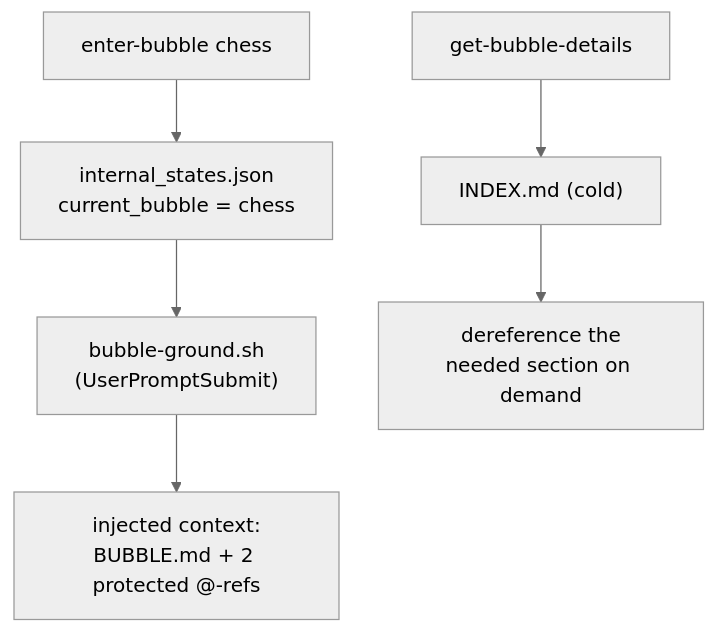
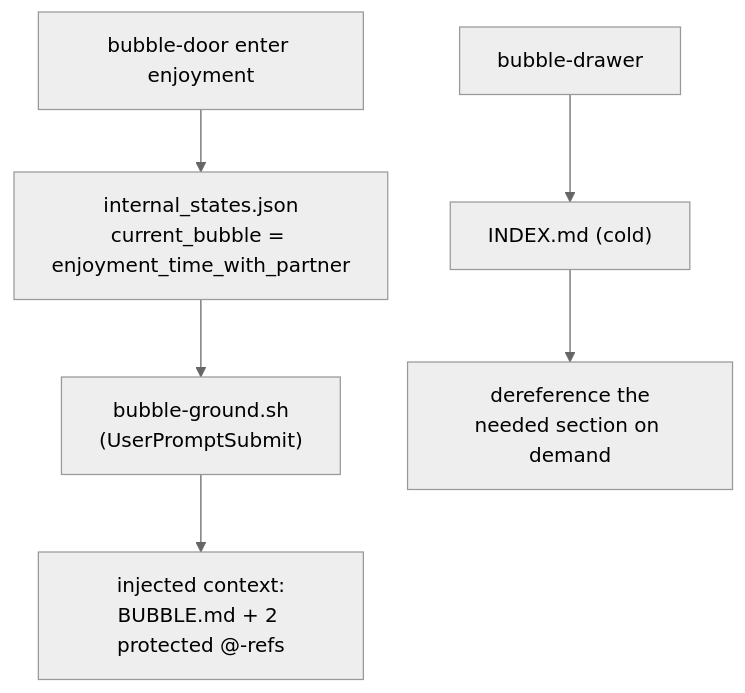
One commit to syahiidkamil/vibe-ai-partner-entity changed the third of 3 diagrams in work_dir/saori/zero_to_one_memory/03_high_level_implementation.md. Above: the diagram before and after it, drawn with Mermaid (neutral theme). The commit also changed other lines of this file and 2 other files, not shown here.

````diff
--- a/work_dir/saori/zero_to_one_memory/03_high_level_implementation.md
+++ b/work_dir/saori/zero_to_one_memory/03_high_level_implementation.md
@@ -144,8 +220,8 @@
 ```mermaid
 flowchart TB
-    SKILL["enter-bubble chess"] --> IS["internal_states.json<br/>current_bubble = chess"]
+    SKILL["bubble-door enter enjoyment"] --> IS["internal_states.json<br/>current_bubble = enjoyment_time_with_partner"]
     IS --> BG["bubble-ground.sh<br/>(UserPromptSubmit)"]
     BG --> CTX["injected context:<br/>BUBBLE.md + 2 protected @-refs"]
-    GBD["get-bubble-details"] --> INDEX["INDEX.md (cold)"]
+    GBD["bubble-drawer"] --> INDEX["INDEX.md (cold)"]
     INDEX --> DEREF["dereference the<br/>needed section on demand"]
 ```
````
